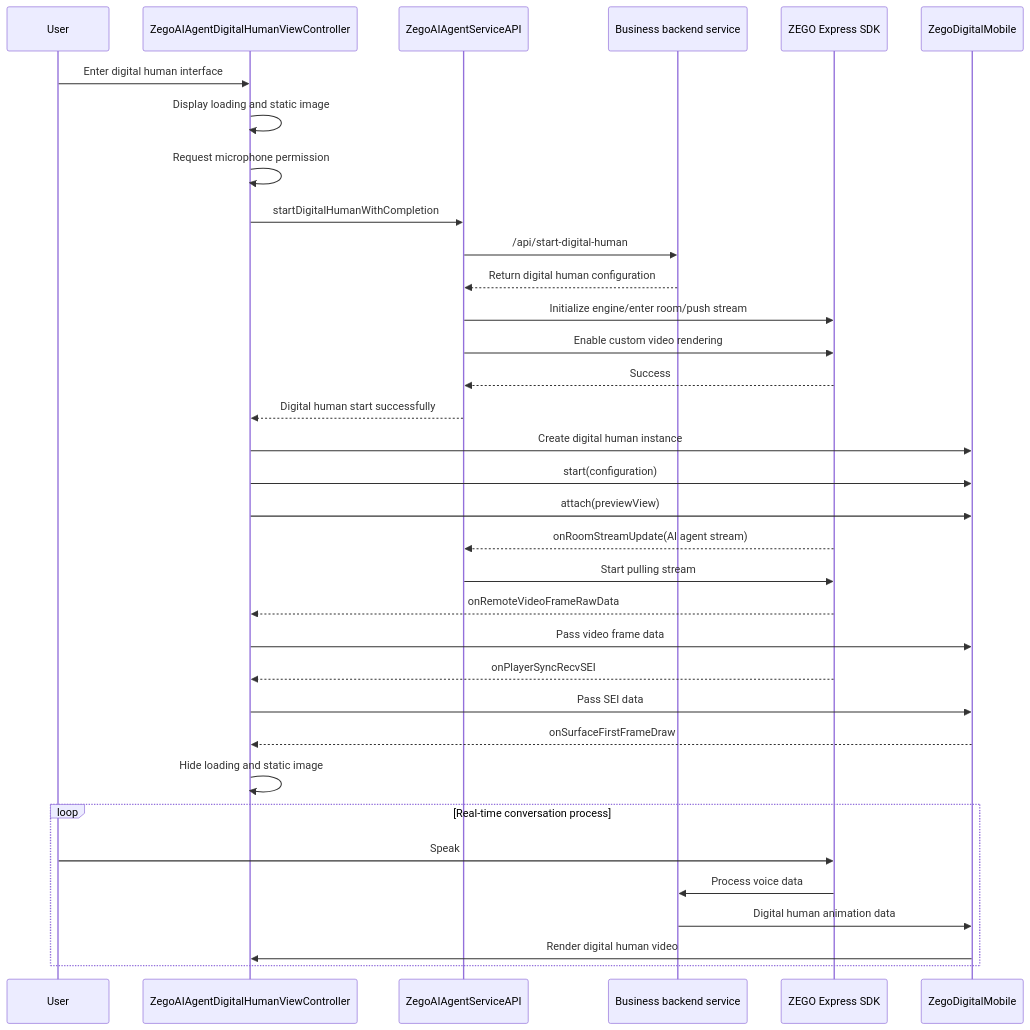
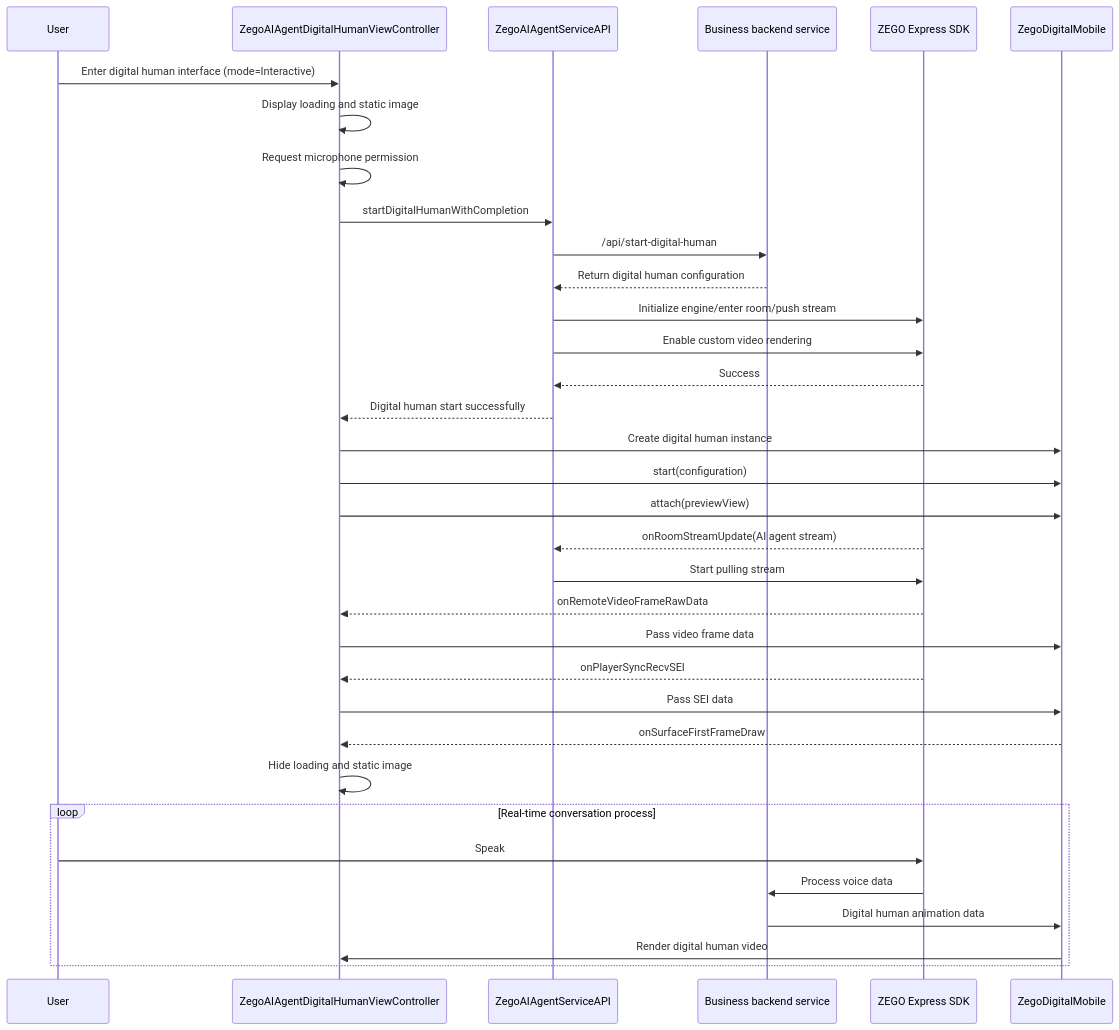
The second of 3 diagrams in ios/README_EN.md (ZEGOCLOUD/ai_agent_quick_start), drawn with Mermaid before and after one commit. The commit also changed other lines of this file and 2 other files, not shown here.

````diff
--- a/ios/README_EN.md
+++ b/ios/README_EN.md
@@ -108,41 +123,41 @@
 ```mermaid
 sequenceDiagram
     participant User as User
     participant DigitalVC as ZegoAIAgentDigitalHumanViewController
     participant ServiceAPI as ZegoAIAgentServiceAPI
     participant BusinessServer as Business backend service
     participant Express as ZEGO Express SDK
     participant DigitalMobile as ZegoDigitalMobile
 
-    User->>DigitalVC: Enter digital human interface
+    User->>DigitalVC: Enter digital human interface (mode=Interactive)
     DigitalVC->>DigitalVC: Display loading and static image
     DigitalVC->>DigitalVC: Request microphone permission
     DigitalVC->>ServiceAPI: startDigitalHumanWithCompletion
     ServiceAPI->>BusinessServer: /api/start-digital-human
     BusinessServer-->>ServiceAPI: Return digital human configuration
     ServiceAPI->>Express: Initialize engine/enter room/push stream
     ServiceAPI->>Express: Enable custom video rendering
     Express-->>ServiceAPI: Success
     ServiceAPI-->>DigitalVC: Digital human start successfully
 
     DigitalVC->>DigitalMobile: Create digital human instance
     DigitalVC->>DigitalMobile: start(configuration)
     DigitalVC->>DigitalMobile: attach(previewView)
 
     Express-->>ServiceAPI: onRoomStreamUpdate(AI agent stream)
     ServiceAPI->>Express: Start pulling stream
     Express-->>DigitalVC: onRemoteVideoFrameRawData
     DigitalVC->>DigitalMobile: Pass video frame data
     Express-->>DigitalVC: onPlayerSyncRecvSEI
     DigitalVC->>DigitalMobile: Pass SEI data
 
     DigitalMobile-->>DigitalVC: onSurfaceFirstFrameDraw
     DigitalVC->>DigitalVC: Hide loading and static image
 
     loop Real-time conversation process
         User->>Express: Speak
         Express->>BusinessServer: Process voice data
         BusinessServer->>DigitalMobile: Digital human animation data
         DigitalMobile->>DigitalVC: Render digital human video
     end
 ```
````
